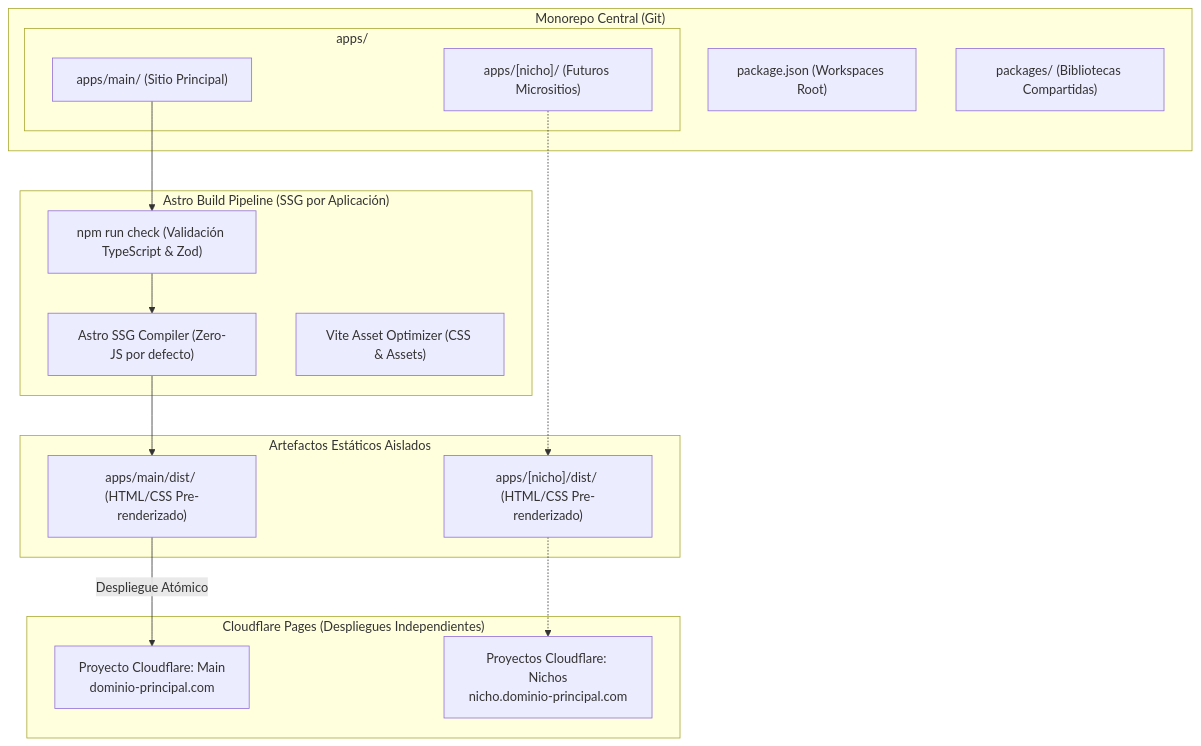
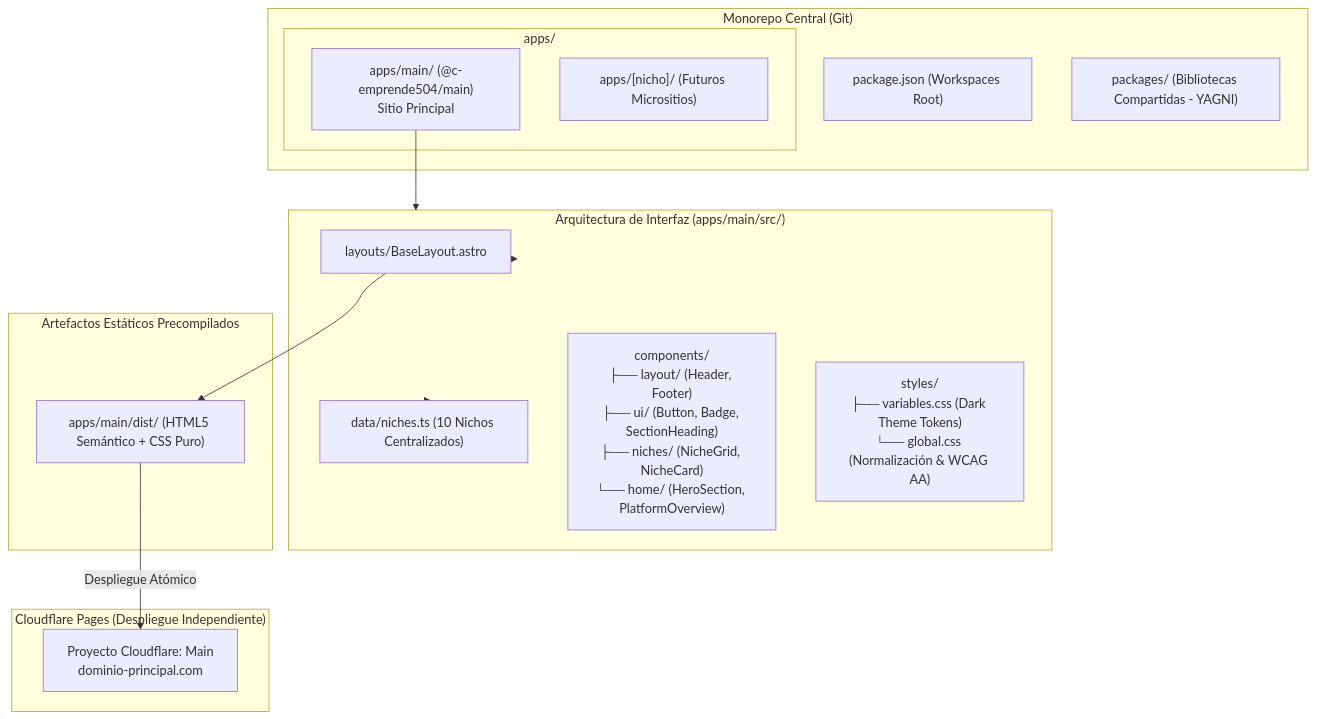
One commit to C-Emprende504/C-Emprende504 changed the diagram in docs/ARCHITECTURE.md. Above: the diagram before and after it, drawn with Mermaid. The commit also changed other lines of this file and 2 other files, not shown here.

Commit message:
docs(sprint-3): document visual architecture, component hierarchy, and local testing

````diff
--- a/docs/ARCHITECTURE.md
+++ b/docs/ARCHITECTURE.md
@@ -17,34 +17,32 @@
 ```mermaid
 flowchart TD
-    subgraph Repo["Monorepo Central (Git)"]
+    subgraph Monorepo["Monorepo Central (Git)"]
         RootPkg["package.json (Workspaces Root)"]
-        Packages["packages/ (Bibliotecas Compartidas)"]
+        Packages["packages/ (Bibliotecas Compartidas - YAGNI)"]
         subgraph Apps["apps/"]
-            MainSrc["apps/main/ (Sitio Principal)"]
+            MainSrc["apps/main/ (@c-emprende504/main)<br>Sitio Principal"]
             FutureApps["apps/[nicho]/ (Futuros Micrositios)"]
         end
     end
 
-    subgraph Build["Astro Build Pipeline (SSG por Aplicación)"]
-        TypeCheck["npm run check (Validación TypeScript & Zod)"]
-        Compiler["Astro SSG Compiler (Zero-JS por defecto)"]
-        Vite["Vite Asset Optimizer (CSS & Assets)"]
+    subgraph UIArchitecture["Arquitectura de Interfaz (apps/main/src/)"]
+        Layout["layouts/BaseLayout.astro"]
+        DataLayer["data/niches.ts (10 Nichos Centralizados)"]
+        Components["components/<br>├── layout/ (Header, Footer)<br>├── ui/ (Button, Badge, SectionHeading)<br>├── niches/ (NicheGrid, NicheCard)<br>└── home/ (HeroSection, PlatformOverview)"]
+        Styles["styles/<br>├── variables.css (Dark Theme Tokens)<br>└── global.css (Normalización & WCAG AA)"]
     end
 
-    subgraph Dist["Artefactos Estáticos Aislados"]
-        MainDist["apps/main/dist/ (HTML/CSS Pre-renderizado)"]
-        FutureDist["apps/[nicho]/dist/ (HTML/CSS Pre-renderizado)"]
+    subgraph Dist["Artefactos Estáticos Precompilados"]
+        MainDist["apps/main/dist/ (HTML5 Semántico + CSS Puro)"]
     end
 
-    subgraph Edge["Cloudflare Pages (Despliegues Independientes)"]
+    subgraph Edge["Cloudflare Pages (Despliegue Independiente)"]
         CFMain["Proyecto Cloudflare: Main<br>dominio-principal.com"]
-        CFFuture["Proyectos Cloudflare: Nichos<br>nicho.dominio-principal.com"]
     end
 
-    MainSrc --> TypeCheck
-    TypeCheck --> Compiler
-    Compiler --> MainDist
+    MainSrc --> UIArchitecture
+    UIArchitecture --> DataLayer
+    UIArchitecture --> Layout
+    Layout --> MainDist
     MainDist -->|Despliegue Atómico| CFMain
-    FutureApps -.-> FutureDist
-    FutureDist -.-> CFFuture
 ```
````
